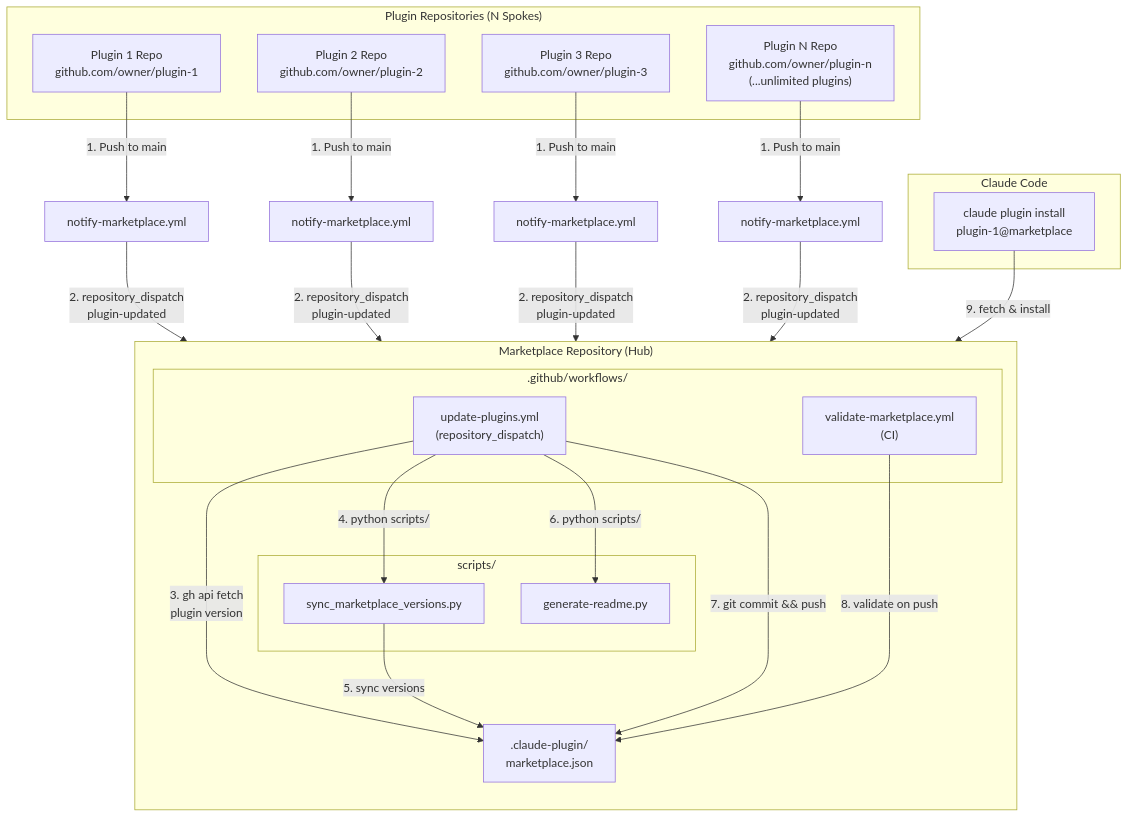
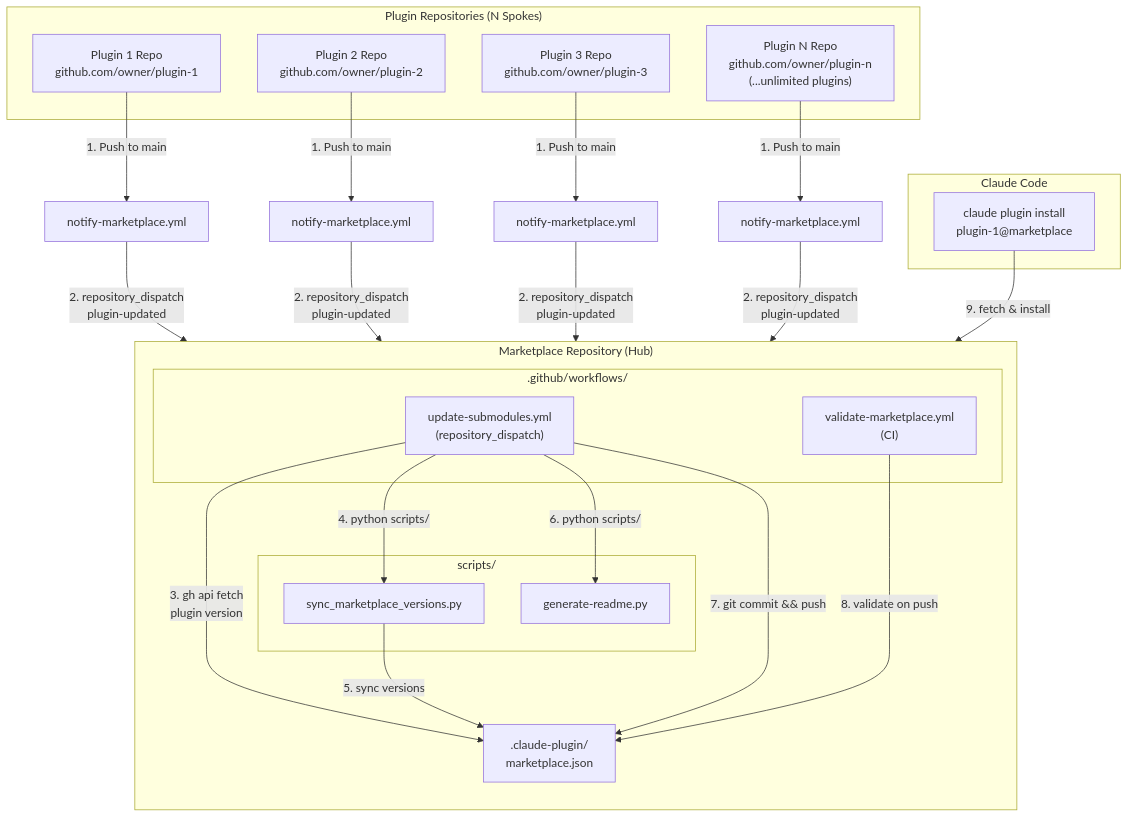
One commit to Emasoft/claude-plugins-validation changed the diagram in skills/setup-github-marketplace/references/marketplace-architecture.md. Above: the diagram before and after it, drawn with Mermaid. The commit also changed other lines of this file and 32 other files, not shown here.

First line of the commit message:
v1.6.0: Read-only linting architecture + cross-platform Python hooks

````diff
--- a/skills/setup-github-marketplace/references/marketplace-architecture.md
+++ b/skills/setup-github-marketplace/references/marketplace-architecture.md
@@ -32,42 +32,42 @@
 ```mermaid
 flowchart TB
     subgraph PluginRepos["Plugin Repositories (N Spokes)"]
         P1[Plugin 1 Repo<br/>github.com/owner/plugin-1]
         P2[Plugin 2 Repo<br/>github.com/owner/plugin-2]
         P3[Plugin 3 Repo<br/>github.com/owner/plugin-3]
         PN["Plugin N Repo<br/>github.com/owner/plugin-n<br/>(...unlimited plugins)"]
     end
 
     subgraph Marketplace["Marketplace Repository (Hub)"]
         direction TB
         MJ[".claude-plugin/<br/>marketplace.json"]
         subgraph Workflows[".github/workflows/"]
-            US["update-plugins.yml<br/>(repository_dispatch)"]
+            US["update-submodules.yml<br/>(repository_dispatch)"]
             VL["validate-marketplace.yml<br/>(CI)"]
         end
         subgraph Scripts["scripts/"]
             SV["sync_marketplace_versions.py"]
             GR["generate-readme.py"]
         end
     end
 
     subgraph Consumer["Claude Code"]
         CC["claude plugin install<br/>plugin-1@marketplace"]
     end
 
     P1 -->|"1. Push to main"| NM1["notify-marketplace.yml"]
     P2 -->|"1. Push to main"| NM2["notify-marketplace.yml"]
     P3 -->|"1. Push to main"| NM3["notify-marketplace.yml"]
     PN -->|"1. Push to main"| NMN["notify-marketplace.yml"]
     NM1 -->|"2. repository_dispatch<br/>plugin-updated"| US
     NM2 -->|"2. repository_dispatch<br/>plugin-updated"| US
     NM3 -->|"2. repository_dispatch<br/>plugin-updated"| US
     NMN -->|"2. repository_dispatch<br/>plugin-updated"| US
     US -->|"3. gh api fetch<br/>plugin version"| MJ
     US -->|"4. python scripts/"| SV
     SV -->|"5. sync versions"| MJ
     US -->|"6. python scripts/"| GR
     US -->|"7. git commit && push"| MJ
     VL -->|"8. validate on push"| MJ
     CC -->|"9. fetch & install"| Marketplace
 ```
````
